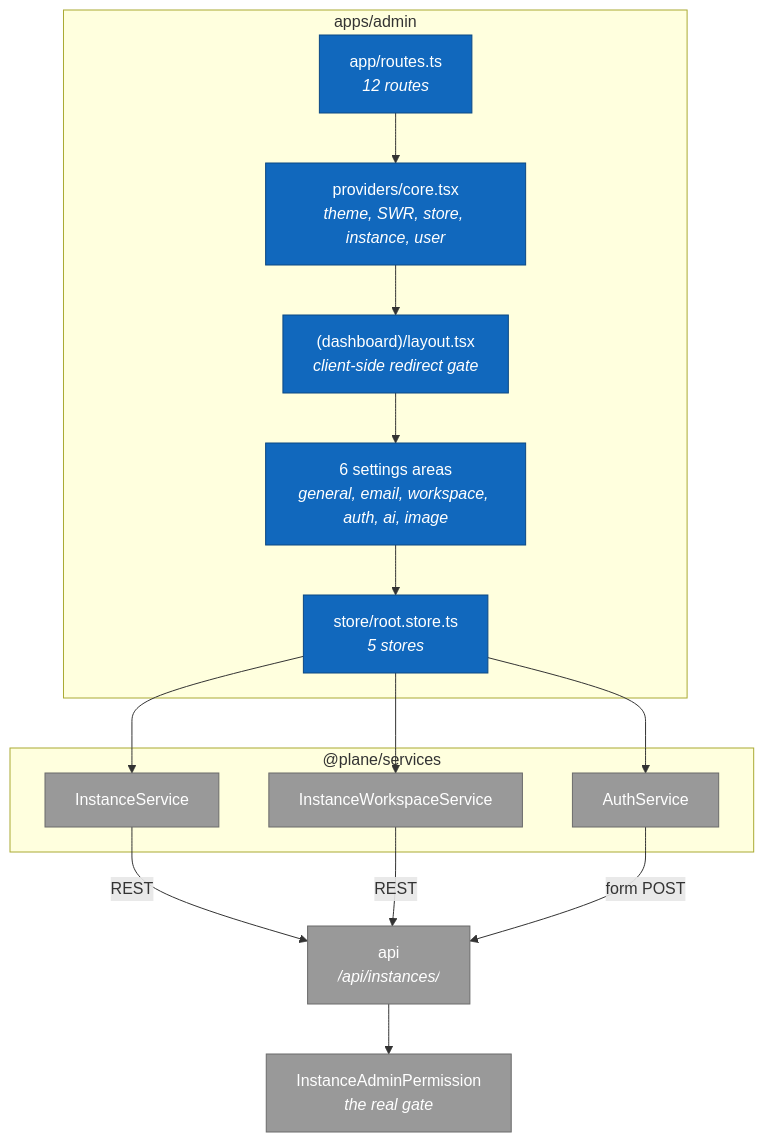
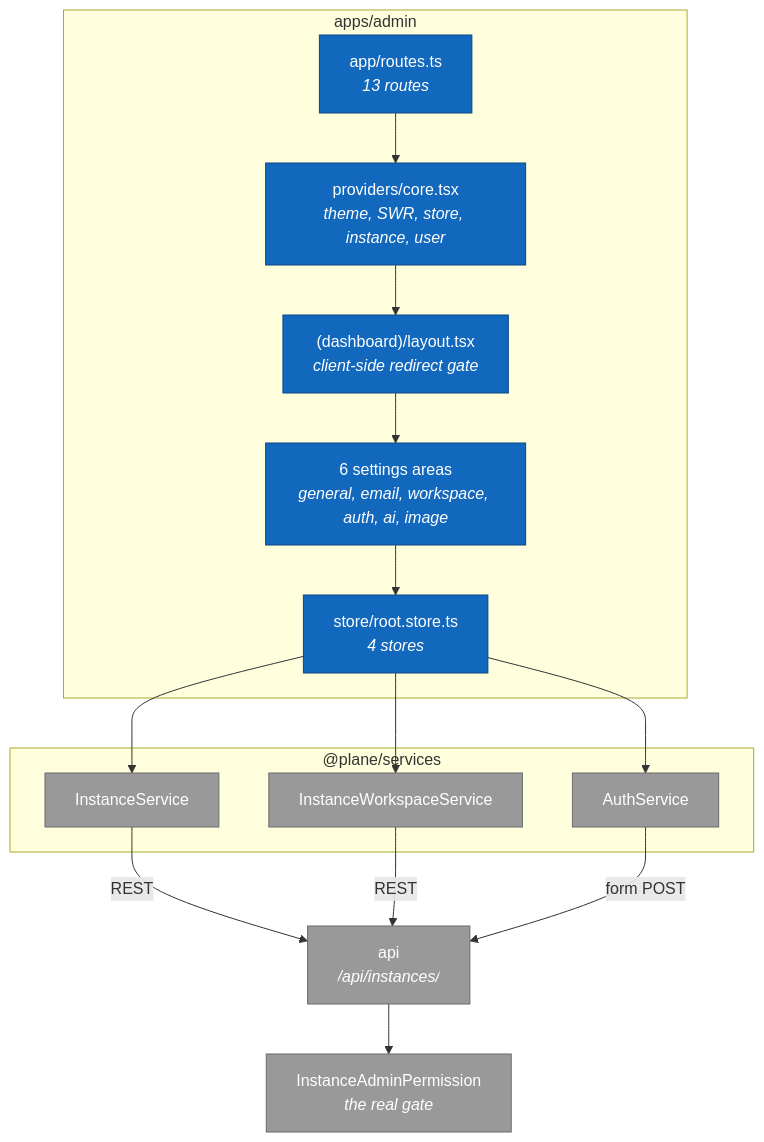
Before and after one commit to psarma89/plane: the diagram in docs/architecture/c4/components/03-admin-component-map.md, drawn with Mermaid. The commit also changed other lines of this file and 10 other files, not shown here.

````diff
--- a/docs/architecture/c4/components/03-admin-component-map.md
+++ b/docs/architecture/c4/components/03-admin-component-map.md
@@ -11,36 +11,36 @@
 ```mermaid
 flowchart TB
     subgraph c["apps/admin"]
-        routes["app/routes.ts<br/><i>12 routes</i>"]
+        routes["app/routes.ts<br/><i>13 routes</i>"]
         providers["providers/core.tsx<br/><i>theme, SWR, store, instance, user</i>"]
         gate["(dashboard)/layout.tsx<br/><i>client-side redirect gate</i>"]
         settings["6 settings areas<br/><i>general, email, workspace, auth, ai, image</i>"]
-        store["store/root.store.ts<br/><i>5 stores</i>"]
+        store["store/root.store.ts<br/><i>4 stores</i>"]
     end
 
     subgraph pkg["@plane/services"]
         instsvc["InstanceService"]
         wssvc["InstanceWorkspaceService"]
         authsvc["AuthService"]
     end
 
     api["api<br/><i>/api/instances/</i>"]
     perm["InstanceAdminPermission<br/><i>the real gate</i>"]
 
     routes --> providers
     providers --> gate
     gate --> settings
     settings --> store
     store --> instsvc
     store --> wssvc
     store --> authsvc
     instsvc -->|"REST"| api
     wssvc -->|"REST"| api
     authsvc -->|"form POST"| api
     api --> perm
 
     classDef container fill:#1168bd,stroke:#0b4884,color:#ffffff
     classDef ext fill:#999999,stroke:#6b6b6b,color:#ffffff
     class routes,providers,gate,settings,store container
     class instsvc,wssvc,authsvc,api,perm ext
 ```
````
